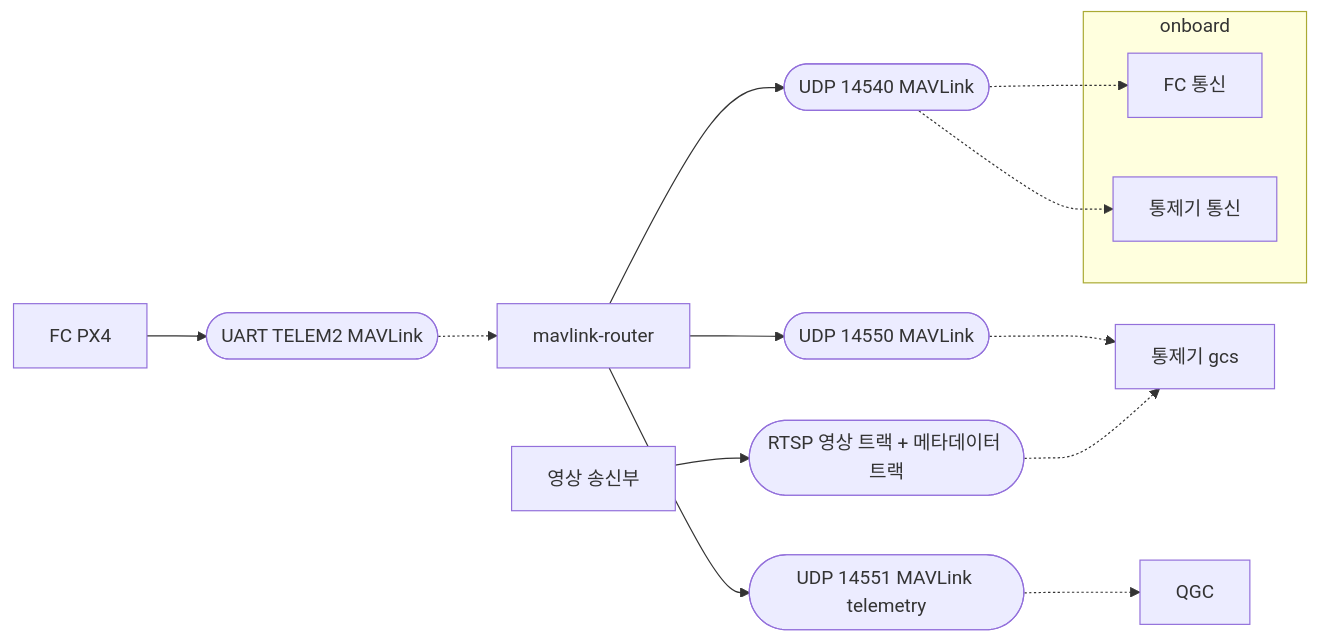
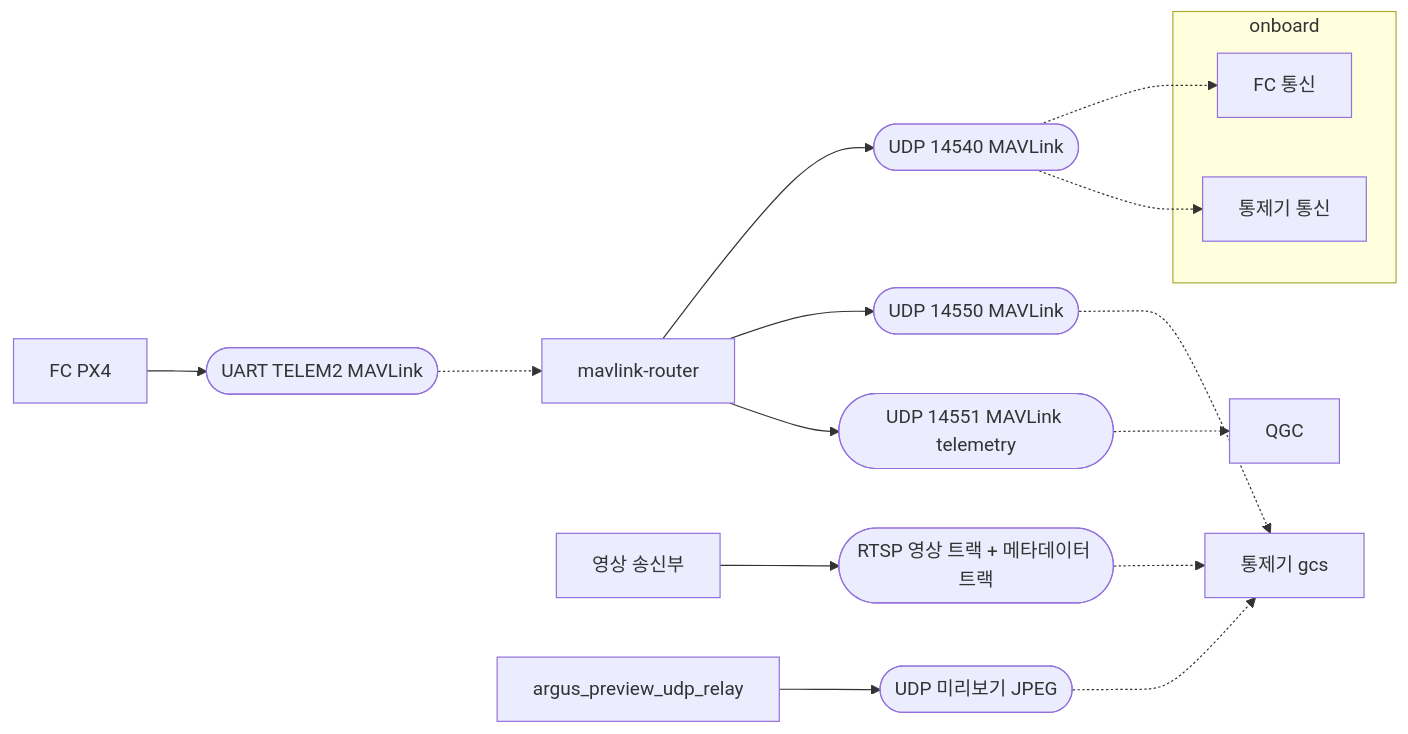
One commit to lig-argus/argus-edge-vision changed the fourth of 4 diagrams in docs/design/uml/component.md. Above: the diagram before and after it, drawn with Mermaid. The commit also changed other lines of this file and 7 other files, not shown here.

First line of the commit message:
docs: UML 에 탐지 담당 리뷰와 vehicle_api 타깃 분리 반영

````diff
--- a/docs/design/uml/component.md
+++ b/docs/design/uml/component.md
@@ -108,30 +115,34 @@
 ```mermaid
 flowchart LR
     FC[FC PX4]
     router[mavlink-router]
     subgraph onboard [onboard]
         fc_link[FC 통신]
         gcs_link[통제기 통신]
     end
     vtx[영상 송신부]
+    relay[argus_preview_udp_relay]
     gcs[통제기 gcs]
     qgc[QGC]
 
     i_uart([UART TELEM2 MAVLink])
     i_14540([UDP 14540 MAVLink])
     i_14550([UDP 14550 MAVLink])
     i_14551([UDP 14551 MAVLink telemetry])
     i_rtsp([RTSP 영상 트랙 + 메타데이터 트랙])
+    i_preview([UDP 미리보기 JPEG])
 
     FC --> i_uart
     i_uart -.-> router
     router --> i_14540
     router --> i_14550
     router --> i_14551
     i_14540 -.-> fc_link
     i_14540 -.-> gcs_link
     i_14550 -.-> gcs
     i_14551 -.-> qgc
     vtx --> i_rtsp
     i_rtsp -.-> gcs
+    relay --> i_preview
+    i_preview -.-> gcs
 ```
````
